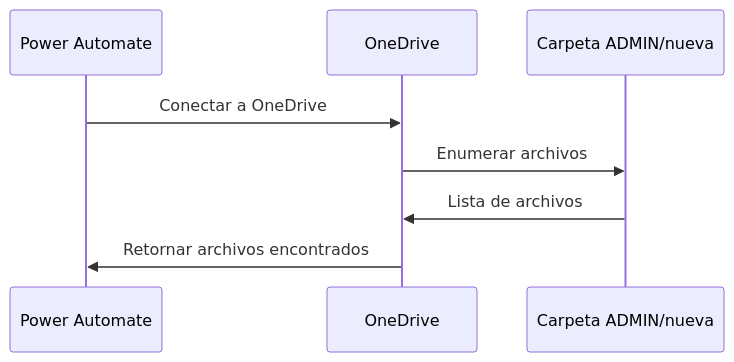
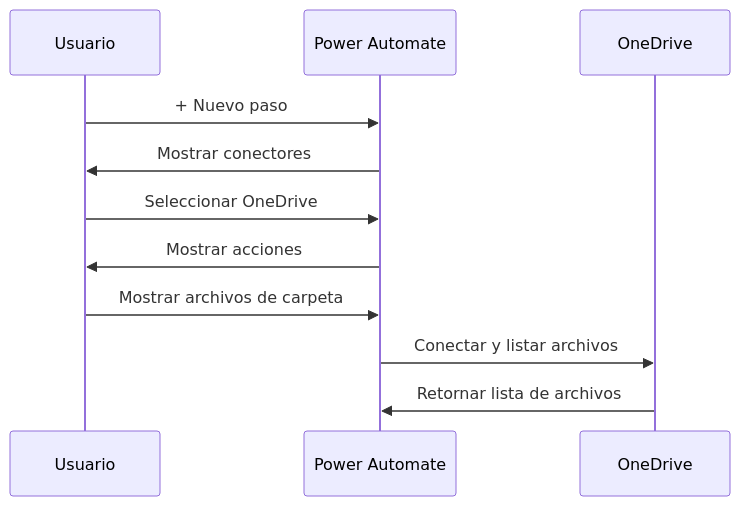
One commit to melqui16rv/automatizaciones changed the fourth of 7 diagrams in flujo_presupuesto/diagrama_flujo_power_automate.md. Above: the diagram before and after it, drawn with Mermaid. The commit also changed other lines of this file and 4 other files, not shown here.

````diff
--- a/flujo_presupuesto/diagrama_flujo_power_automate.md
+++ b/flujo_presupuesto/diagrama_flujo_power_automate.md
@@ -111,11 +125,14 @@
 ```mermaid
 sequenceDiagram
+    participant U as Usuario
     participant PA as Power Automate
     participant OD as OneDrive
-    participant CP as Carpeta ADMIN/nueva
     
-    PA->>OD: Conectar a OneDrive
-    OD->>CP: Enumerar archivos
-    CP->>OD: Lista de archivos
-    OD->>PA: Retornar archivos encontrados
+    U->>PA: + Nuevo paso
+    PA->>U: Mostrar conectores
+    U->>PA: Seleccionar OneDrive
+    PA->>U: Mostrar acciones
+    U->>PA: Mostrar archivos de carpeta
+    PA->>OD: Conectar y listar archivos
+    OD->>PA: Retornar lista de archivos
 ```
````
